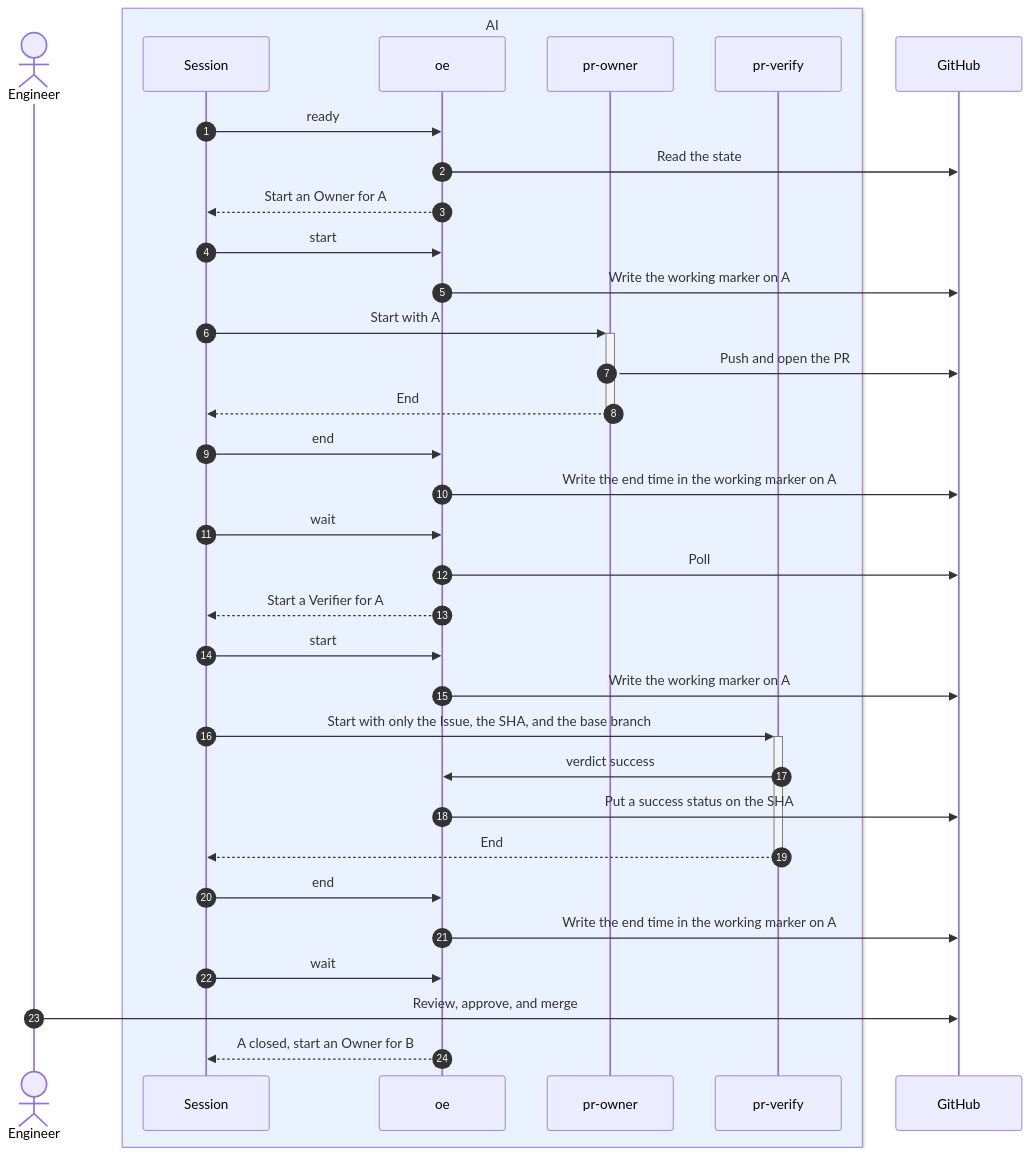
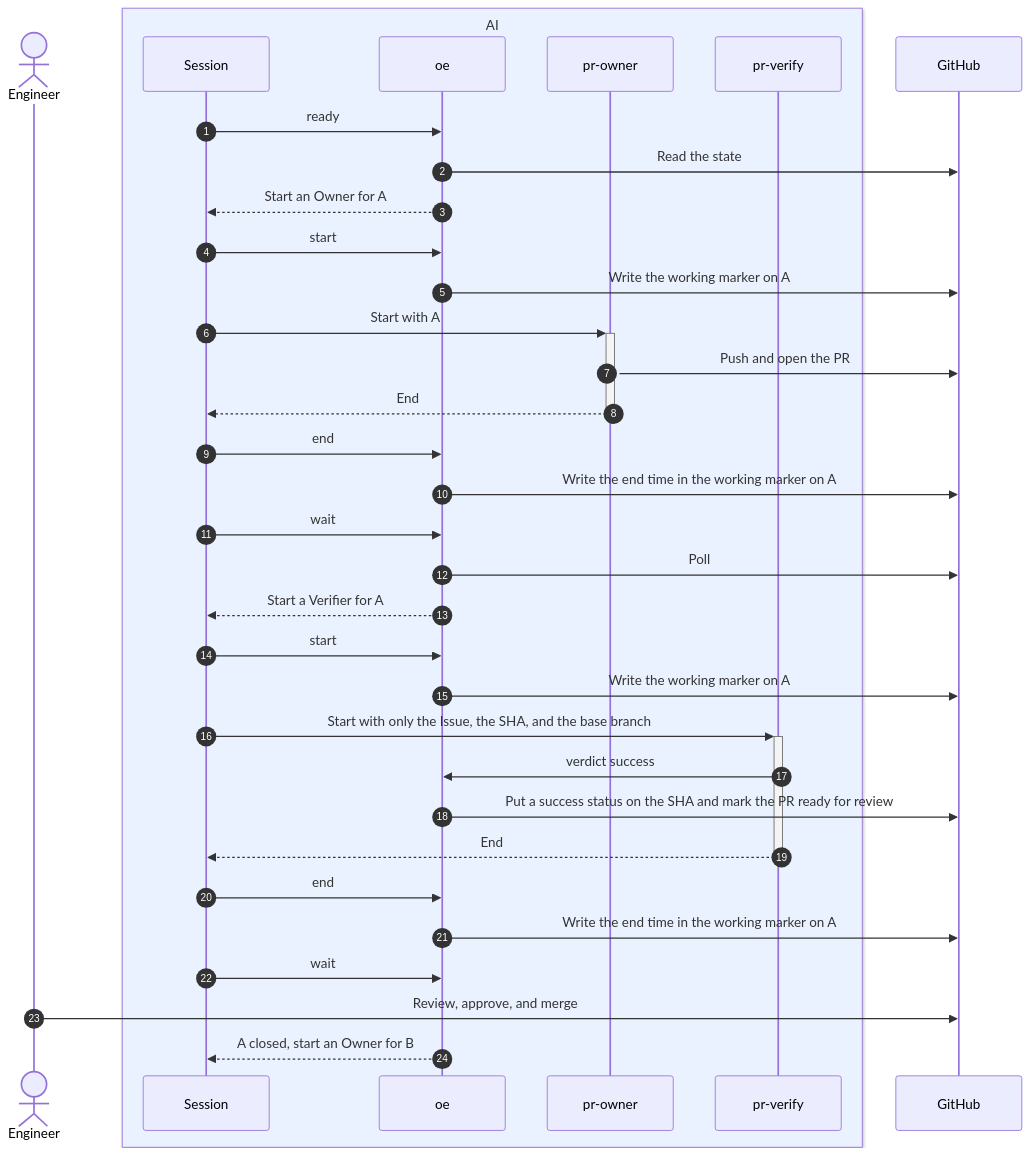
One commit to maro114510/skills changed the second of 2 diagrams in docs/design/orchestrate-epic.md. Above: the diagram before and after it, drawn with Mermaid. The commit also changed other lines of this file and 4 other files, not shown here.

First line of the commit message:
docs(orchestrate-epic): mark a PR ready only on a judged head (#1102)

````diff
--- a/docs/design/orchestrate-epic.md
+++ b/docs/design/orchestrate-epic.md
@@ -166,36 +174,36 @@
 ```mermaid
 sequenceDiagram
   autonumber
   actor H as Engineer
   box rgb(235,242,255) AI
     participant O as Session
     participant E as oe
     participant W as pr-owner
     participant V as pr-verify
   end
   participant G as GitHub
   O->>E: ready
   E->>G: Read the state
   E-->>O: Start an Owner for A
   O->>E: start
   E->>G: Write the working marker on A
   O->>+W: Start with A
   W->>G: Push and open the PR
   W-->>-O: End
   O->>E: end
   E->>G: Write the end time in the working marker on A
   O->>E: wait
   E->>G: Poll
   E-->>O: Start a Verifier for A
   O->>E: start
   E->>G: Write the working marker on A
   O->>+V: Start with only the Issue, the SHA, and the base branch
   V->>E: verdict success
-  E->>G: Put a success status on the SHA
+  E->>G: Put a success status on the SHA and mark the PR ready for review
   V-->>-O: End
   O->>E: end
   E->>G: Write the end time in the working marker on A
   O->>E: wait
   H->>G: Review, approve, and merge
   E-->>O: A closed, start an Owner for B
 ```
````
